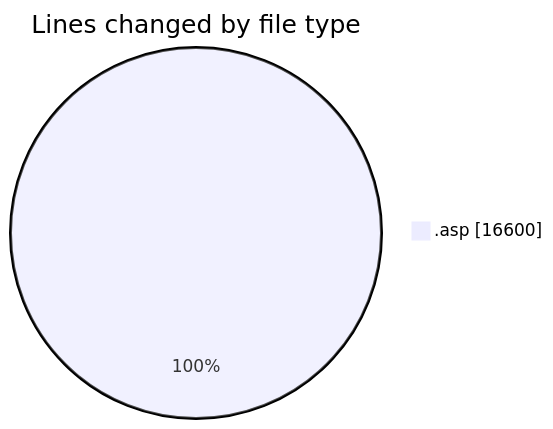
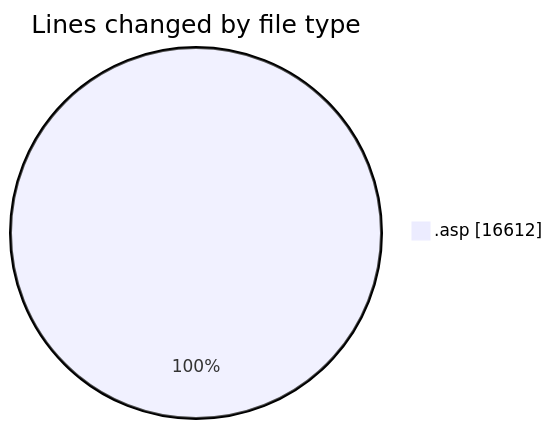
One commit to julien-gomy/code-tracking changed the first of 2 diagrams in 2025-11-14/cdp_aleoudev_fr__workspace_/README.md. Above: the diagram before and after it, drawn with Mermaid. The commit also changed other lines of this file and 1 other file, not shown here.

````diff
--- a/2025-11-14/cdp_aleoudev_fr__workspace_/README.md
+++ b/2025-11-14/cdp_aleoudev_fr__workspace_/README.md
@@ -33,5 +33,5 @@
 ```mermaid
 pie showData
 title Lines changed by file type
-".asp" : 16600
+".asp" : 16612
 ```
````
